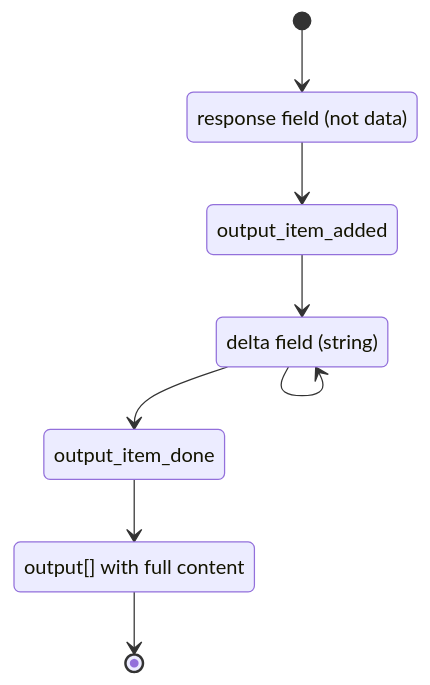
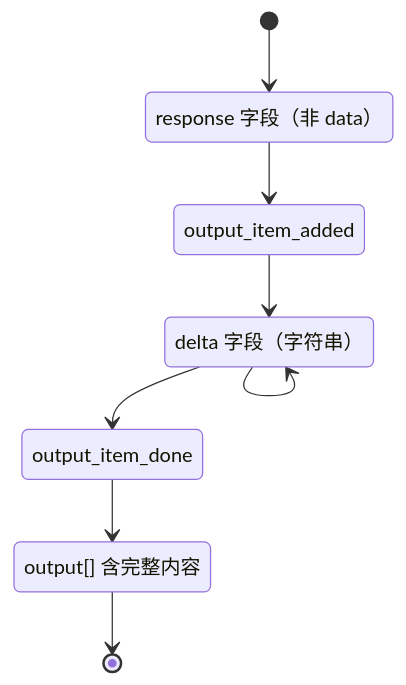
The fifth of 8 diagrams in docs/REQUEST_LIFECYCLE.md (yejinlei/agent-proxy), drawn with Mermaid before and after one commit. The commit also changed other lines of this file and 5 other files, not shown here.

Commit message:
docs: fix mermaid quote escaping in 4 Chinese docs + interactive HTML zh

````diff
--- a/docs/REQUEST_LIFECYCLE.md
+++ b/docs/REQUEST_LIFECYCLE.md
@@ -149,14 +149,14 @@
 ```mermaid
 stateDiagram-v2
     [*] --> response_created
     response_created --> output_item_added
     output_item_added --> output_text_delta
     output_text_delta --> output_text_delta
     output_text_delta --> output_item_done
     output_item_done --> response_completed
     response_completed --> [*]
 
-    response_created: response field (not data)
-    output_text_delta: delta field (string)
-    response_completed: output[] with full content
+    response_created: response 字段（非 data）
+    output_text_delta: delta 字段（字符串）
+    response_completed: output[] 含完整内容
 ```
````
